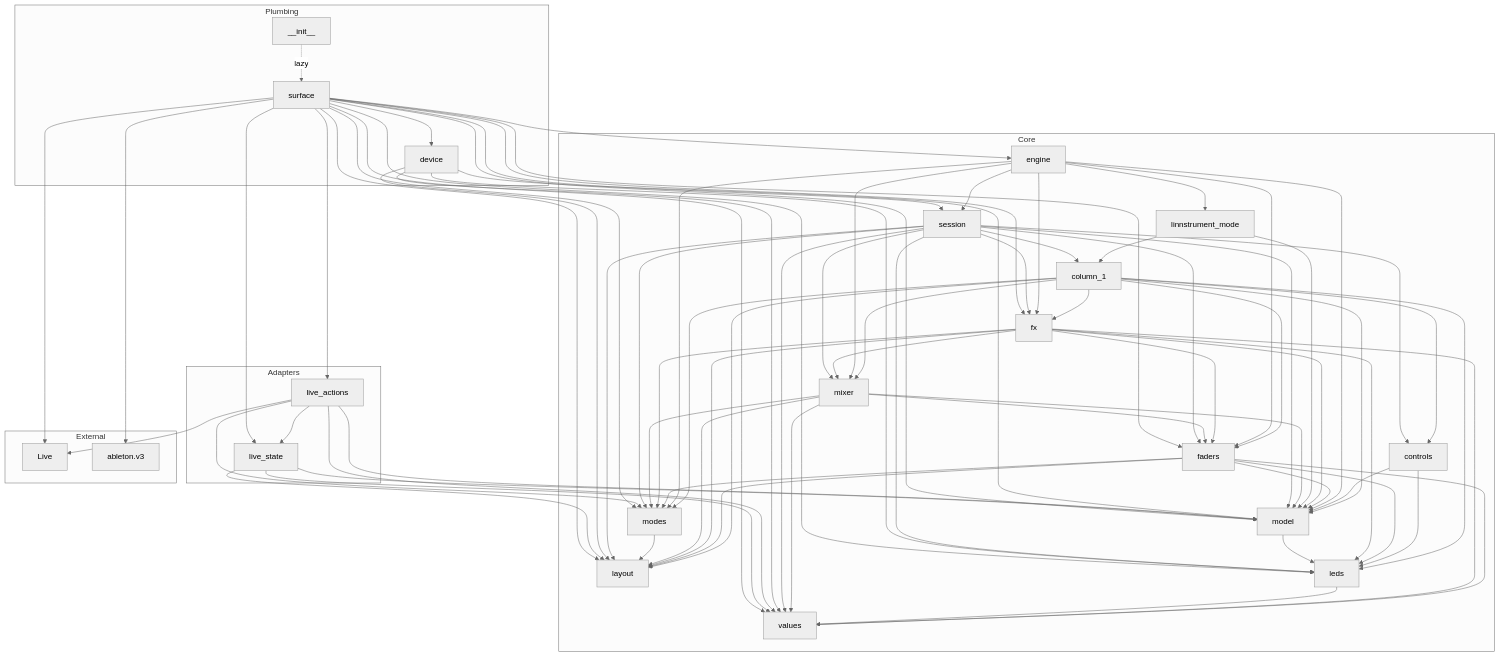
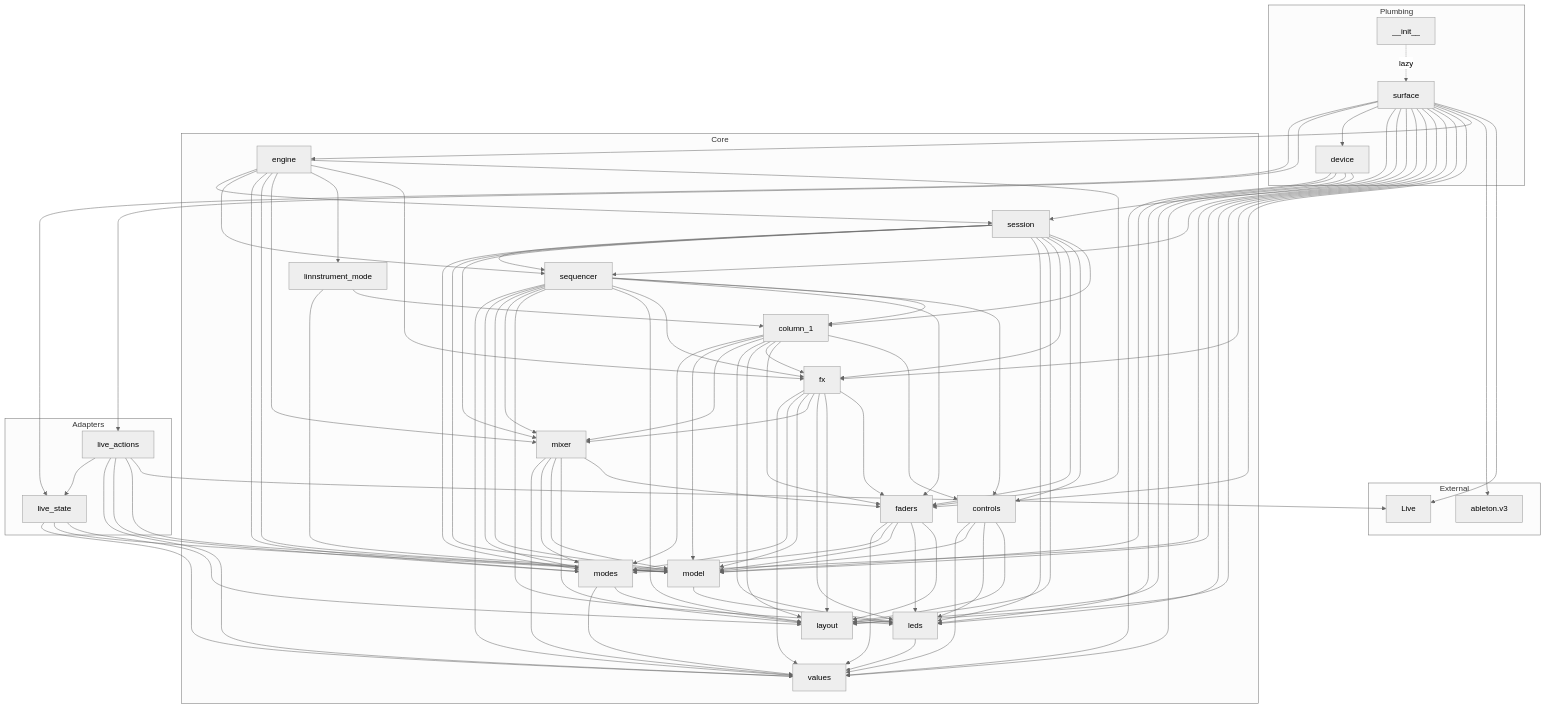
One commit to ianbleaker/bleakloop-linnstrument changed the fourth of 8 diagrams in docs/architecture.md. Above: the diagram before and after it, drawn with Mermaid (neutral theme). The commit also changed other lines of this file and 35 other files, not shown here.

First line of the commit message:
Add Sequencer Mode (#65)

```diff
--- a/docs/architecture.md
+++ b/docs/architecture.md
@@ -202,6 +204,7 @@
     core_mixer["mixer"]
     core_model["model"]
     core_modes["modes"]
+    core_sequencer["sequencer"]
     core_session["session"]
     core_values["values"]
   end
@@ -218,14 +221,17 @@
   core_column_1 --> core_mixer
   core_column_1 --> core_model
   core_column_1 --> core_modes
+  core_controls --> core_layout
   core_controls --> core_leds
   core_controls --> core_model
+  core_controls --> core_values
   core_engine --> core_faders
   core_engine --> core_fx
   core_engine --> core_linnstrument_mode
   core_engine --> core_mixer
   core_engine --> core_model
   core_engine --> core_modes
+  core_engine --> core_sequencer
   core_engine --> core_session
   core_faders --> core_layout
   core_faders --> core_leds
@@ -249,6 +255,17 @@
   core_mixer --> core_values
   core_model --> core_leds
   core_modes --> core_layout
+  core_modes --> core_values
+  core_sequencer --> core_column_1
+  core_sequencer --> core_controls
+  core_sequencer --> core_faders
+  core_sequencer --> core_fx
+  core_sequencer --> core_layout
+  core_sequencer --> core_leds
+  core_sequencer --> core_mixer
+  core_sequencer --> core_model
+  core_sequencer --> core_modes
+  core_sequencer --> core_values
   core_session --> core_column_1
   core_session --> core_controls
   core_session --> core_faders
@@ -258,7 +275,7 @@
   core_session --> core_mixer
   core_session --> core_model
   core_session --> core_modes
-  core_session --> core_values
+  core_session --> core_sequencer
   device --> core_layout
   device --> core_leds
   device --> core_model
@@ -280,6 +297,7 @@
   surface --> core_leds
   surface --> core_model
   surface --> core_modes
+  surface --> core_sequencer
   surface --> core_session
   surface --> core_values
   surface --> device
```
